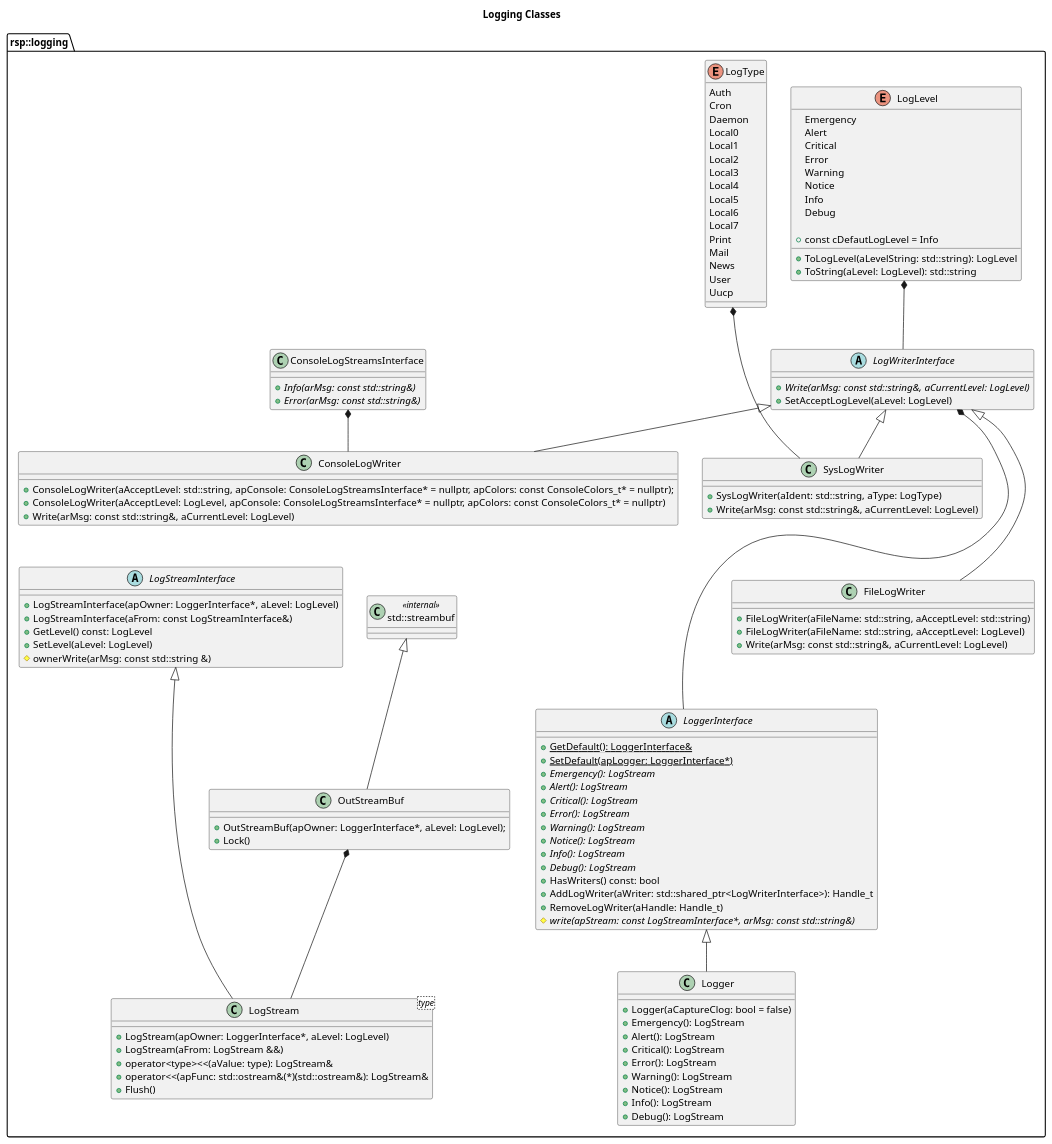
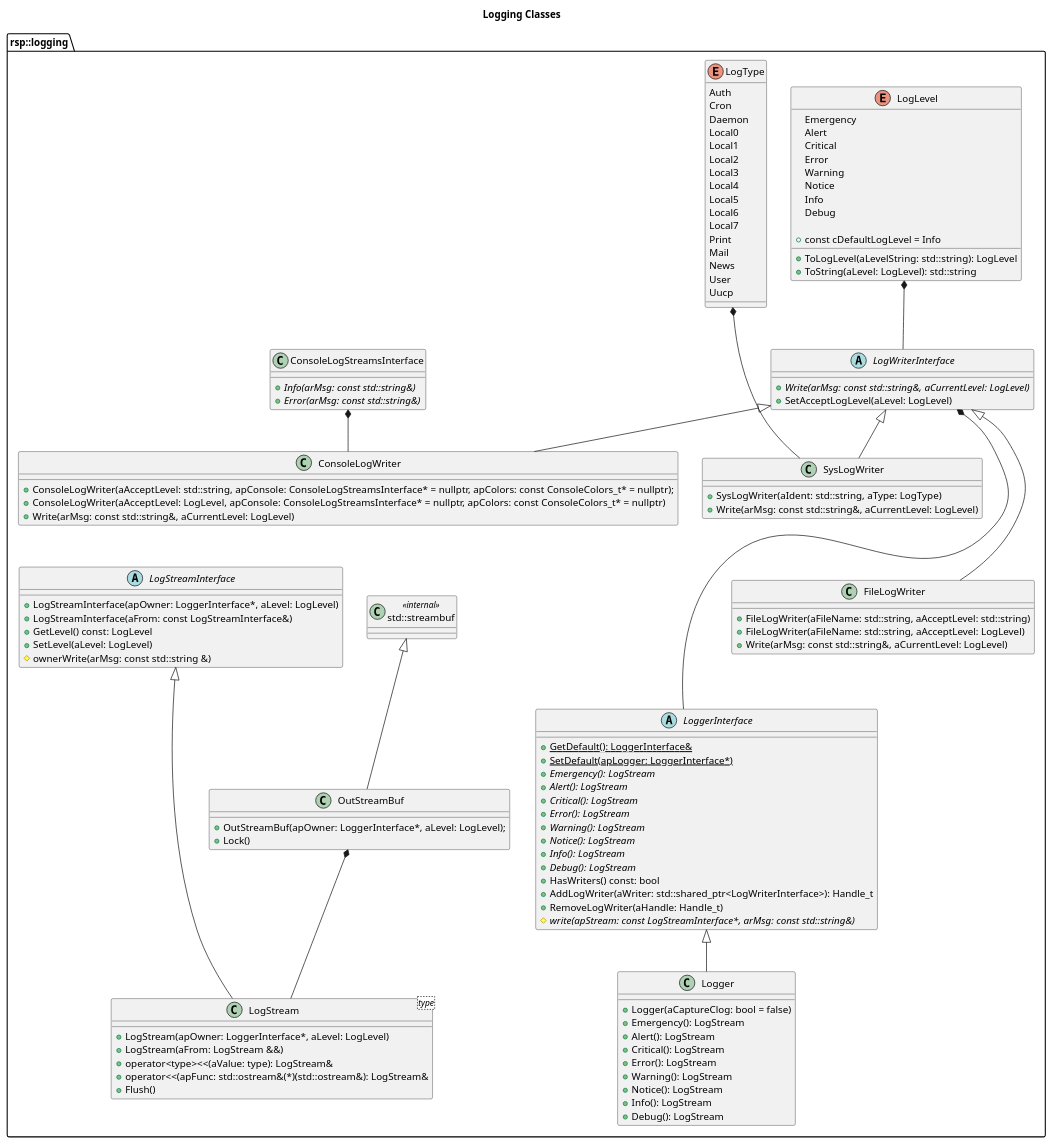
One commit to rsps/rsp-core-library changed the diagram in docs/uml/Logging Classes.puml. Above: the diagram before and after it, drawn with PlantUML. The commit also changed 92 other files, not shown here.

```diff
--- a/docs/uml/Logging Classes.puml
+++ b/docs/uml/Logging Classes.puml
@@ -1,143 +1,143 @@
 @startuml
 
 
 title Logging Classes
 
 namespace rsp::logging {
 
 enum LogLevel {
     Emergency
     Alert
     Critical
     Error
     Warning
     Notice
     Info
     Debug
-    
-    +const cDefautLogLevel = Info
+
+    +const cDefaultLogLevel = Info
     +ToLogLevel(aLevelString: std::string): LogLevel
     +ToString(aLevel: LogLevel): std::string
 }
 
 enum LogType {
     Auth
     Cron
     Daemon
     Local0
     Local1
     Local2
     Local3
     Local4
     Local5
     Local6
     Local7
     Print
     Mail
     News
     User
     Uucp
 }
 
 abstract LoggerInterface {
     +{static} GetDefault(): LoggerInterface&
     +{static} SetDefault(apLogger: LoggerInterface*)
     +{abstract} Emergency(): LogStream
     +{abstract} Alert(): LogStream
     +{abstract} Critical(): LogStream
     +{abstract} Error(): LogStream
     +{abstract} Warning(): LogStream
     +{abstract} Notice(): LogStream
     +{abstract} Info(): LogStream
     +{abstract} Debug(): LogStream
     +HasWriters() const: bool
     +AddLogWriter(aWriter: std::shared_ptr<LogWriterInterface>): Handle_t
     +RemoveLogWriter(aHandle: Handle_t)
     #{abstract} write(apStream: const LogStreamInterface*, arMsg: const std::string&)
 }
 
 abstract LogStreamInterface {
     +LogStreamInterface(apOwner: LoggerInterface*, aLevel: LogLevel)
     +LogStreamInterface(aFrom: const LogStreamInterface&)
     +GetLevel() const: LogLevel
     +SetLevel(aLevel: LogLevel)
     #ownerWrite(arMsg: const std::string &)
 }
 
 abstract LogWriterInterface {
     +{abstract} Write(arMsg: const std::string&, aCurrentLevel: LogLevel)
     +SetAcceptLogLevel(aLevel: LogLevel)
 }
 
 class LogStream<type> {
     +LogStream(apOwner: LoggerInterface*, aLevel: LogLevel)
     +LogStream(aFrom: LogStream &&)
     +operator<type><<(aValue: type): LogStream&
     +operator<<(apFunc: std::ostream&(*)(std::ostream&): LogStream&
     +Flush()
 }
 
 class Logger {
     +Logger(aCaptureClog: bool = false)
     +Emergency(): LogStream
     +Alert(): LogStream
     +Critical(): LogStream
     +Error(): LogStream
     +Warning(): LogStream
     +Notice(): LogStream
     +Info(): LogStream
     +Debug(): LogStream
 }
 
 class streambuf as "std::streambuf" <<internal>>
 
 class OutStreamBuf {
     +OutStreamBuf(apOwner: LoggerInterface*, aLevel: LogLevel);
     +Lock()
 }
 
 class ConsoleLogStreamsInterface {
     +{abstract} Info(arMsg: const std::string&)
     +{abstract} Error(arMsg: const std::string&)
 }
 
 class ConsoleLogWriter {
     +ConsoleLogWriter(aAcceptLevel: std::string, apConsole: ConsoleLogStreamsInterface* = nullptr, apColors: const ConsoleColors_t* = nullptr);
     +ConsoleLogWriter(aAcceptLevel: LogLevel, apConsole: ConsoleLogStreamsInterface* = nullptr, apColors: const ConsoleColors_t* = nullptr)
     +Write(arMsg: const std::string&, aCurrentLevel: LogLevel)
 
 }
 
 class SysLogWriter {
     +SysLogWriter(aIdent: std::string, aType: LogType)
     +Write(arMsg: const std::string&, aCurrentLevel: LogLevel)
 }
 
 class FileLogWriter {
     +FileLogWriter(aFileName: std::string, aAcceptLevel: std::string)
     +FileLogWriter(aFileName: std::string, aAcceptLevel: LogLevel)
     +Write(arMsg: const std::string&, aCurrentLevel: LogLevel)
 }
 
 streambuf <|-- OutStreamBuf
 LoggerInterface <|-- Logger
 LogStreamInterface <|--- LogStream
 OutStreamBuf *-- LogStream
 
 LogWriterInterface <|-- ConsoleLogWriter
 LogWriterInterface <|-- SysLogWriter
 LogWriterInterface <|--- FileLogWriter
 LogType *--- SysLogWriter
 LogLevel *-- LogWriterInterface
 
 ConsoleLogStreamsInterface *-- ConsoleLogWriter
 
 LogWriterInterface *---- LoggerInterface
 
 'LogStream <-[hidden]- LoggerInterface
 ConsoleLogWriter <-[hidden]- LogStreamInterface
 ConsoleLogWriter <-[hidden]- streambuf
 
 }
 
 @enduml
```
